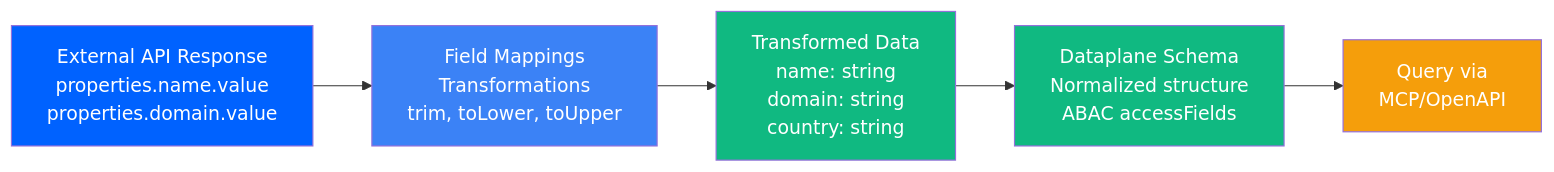
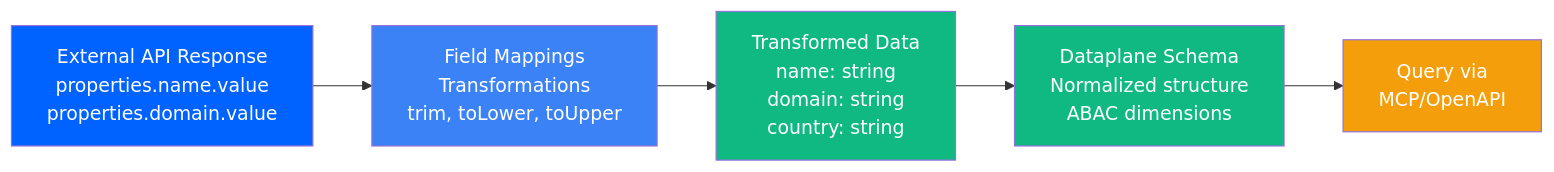
One commit to esystemsdev/aifabrix-builder changed the third of 3 diagrams in docs/external-systems.md. Above: the diagram before and after it, drawn with Mermaid. The commit also changed other lines of this file and 105 other files, not shown here.

````diff
--- a/docs/external-systems.md
+++ b/docs/external-systems.md
@@ -220,13 +226,13 @@
 ```mermaid
 flowchart LR
     ExternalAPI[External API Response<br/>properties.name.value<br/>properties.domain.value] --> FieldMappings[Field Mappings<br/>Transformations<br/>trim, toLower, toUpper]
     FieldMappings --> TransformedData[Transformed Data<br/>name: string<br/>domain: string<br/>country: string]
-    TransformedData --> DataplaneSchema[Dataplane Schema<br/>Normalized structure<br/>ABAC accessFields]
+    TransformedData --> DataplaneSchema[Dataplane Schema<br/>Normalized structure<br/>ABAC dimensions]
     DataplaneSchema --> Query[Query via<br/>MCP/OpenAPI]
     
     style ExternalAPI fill:#0062FF,color:#FFFFFF
     style FieldMappings fill:#3B82F6,color:#FFFFFF
     style TransformedData fill:#10B981,color:#FFFFFF
     style DataplaneSchema fill:#10B981,color:#FFFFFF
     style Query fill:#F59E0B,color:#FFFFFF
 ```
````
